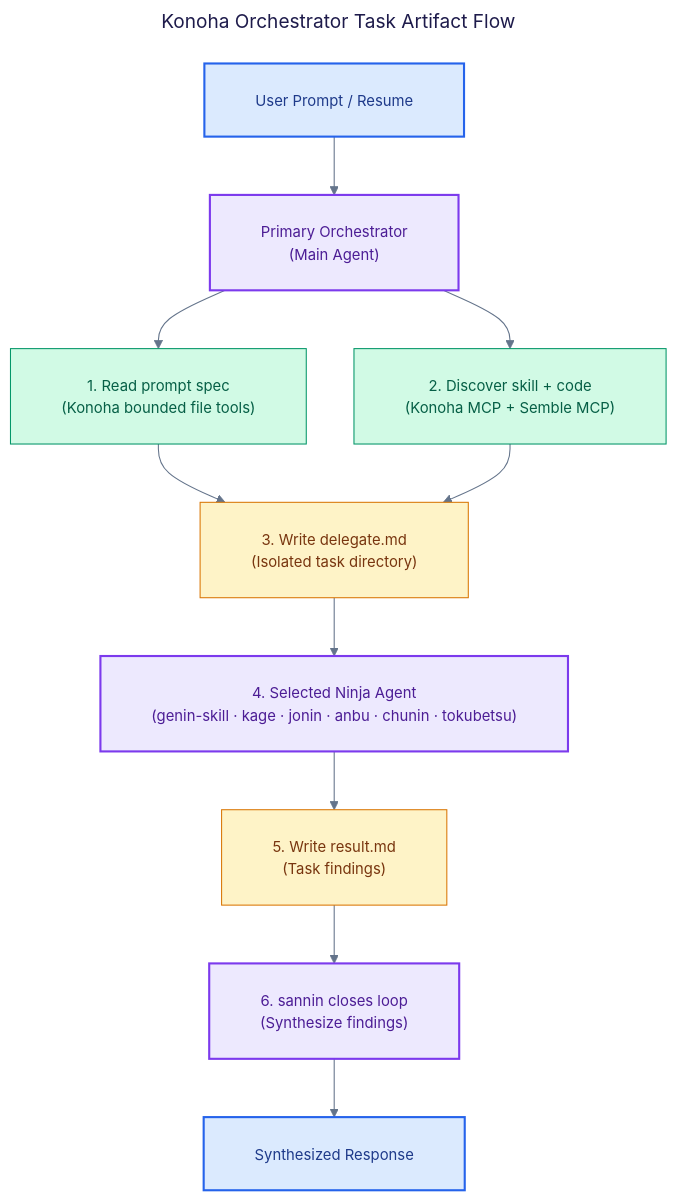
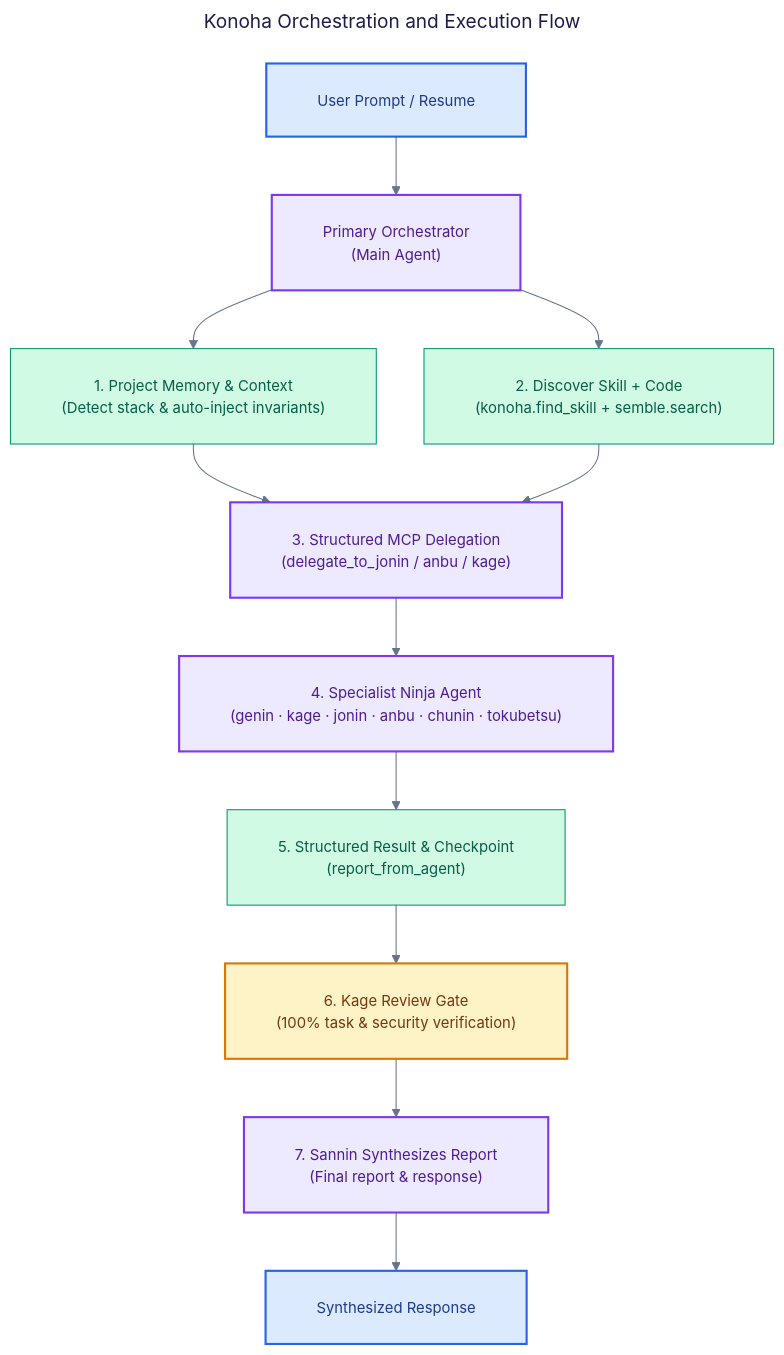
The first of 2 diagrams in README.md (andycungkrinx91/konoha), drawn with Mermaid before and after one commit. The commit also changed other lines of this file and 106 other files, not shown here.

Commit message:
Refactor test script, Add combine jonin with taste skill, update jonin skill

````diff
--- a/README.md
+++ b/README.md
@@ -100,42 +121,43 @@
 ```mermaid
 ---
-title: Konoha Orchestrator Task Artifact Flow
+title: Konoha Orchestration and Execution Flow
 config:
   theme: base
   themeVariables:
     background: '#ffffff'
     primaryColor: '#ede9fe'
     primaryTextColor: '#1e1b4b'
     primaryBorderColor: '#7c3aed'
     lineColor: '#64748b'
     secondaryColor: '#d1fae5'
     tertiaryColor: '#dbeafe'
     fontFamily: 'Inter, system-ui, sans-serif'
     fontSize: '14px'
   flowchart:
     nodeSpacing: 45
     rankSpacing: 55
     padding: 24
     wrappingWidth: 380
 ---
 flowchart TB
     Prompt["User Prompt / Resume"] --> Orchestrator["Primary Orchestrator<br/>(Main Agent)"]
-    Orchestrator --> Read["1. Read prompt spec<br/>(Konoha bounded file tools)"]
-    Orchestrator --> Discover["2. Discover skill + code<br/>(Konoha MCP + Semble MCP)"]
-    Read --> Contract["3. Write delegate.md<br/>(Isolated task directory)"]
-    Discover --> Contract
-    Contract --> Agent["4. Selected Ninja Agent<br/>(genin-skill · kage · jonin · anbu · chunin · tokubetsu)"]
-    Agent --> Result["5. Write result.md<br/>(Task findings)"]
-    Result --> Close["6. sannin closes loop<br/>(Synthesize findings)"]
-    Close --> Response["Synthesized Response"]
+    Orchestrator --> Context["1. Project Memory & Context<br/>(Detect stack & auto-inject invariants)"]
+    Orchestrator --> Discover["2. Discover Skill + Code<br/>(konoha.find_skill + semble.search)"]
+    Context --> Delegate["3. Structured MCP Delegation<br/>(delegate_to_jonin / anbu / kage)"]
+    Discover --> Delegate
+    Delegate --> Agent["4. Specialist Ninja Agent<br/>(genin · kage · jonin · anbu · chunin · tokubetsu)"]
+    Agent --> Report["5. Structured Result & Checkpoint<br/>(report_from_agent)"]
+    Report --> Review["6. Kage Review Gate<br/>(100% task & security verification)"]
+    Review --> Synthesize["7. Sannin Synthesizes Report<br/>(Final report & response)"]
+    Synthesize --> Response["Synthesized Response"]
 
     classDef user fill:#dbeafe,stroke:#2563eb,color:#1e3a8a,stroke-width:2px
     classDef orchestration fill:#ede9fe,stroke:#7c3aed,color:#4c1d95,stroke-width:2px
     classDef mcp fill:#d1fae5,stroke:#059669,color:#065f46
-    classDef artifact fill:#fef3c7,stroke:#d97706,color:#78350f
+    classDef review fill:#fef3c7,stroke:#d97706,color:#78350f,stroke-width:2px
     class Prompt,Response user
-    class Orchestrator,Close orchestration
-    class Read,Discover mcp
-    class Contract,Result artifact
-    class Agent orchestration
+    class Orchestrator,Synthesize orchestration
+    class Context,Discover,Report mcp
+    class Review review
+    class Delegate,Agent orchestration
 ```
````
